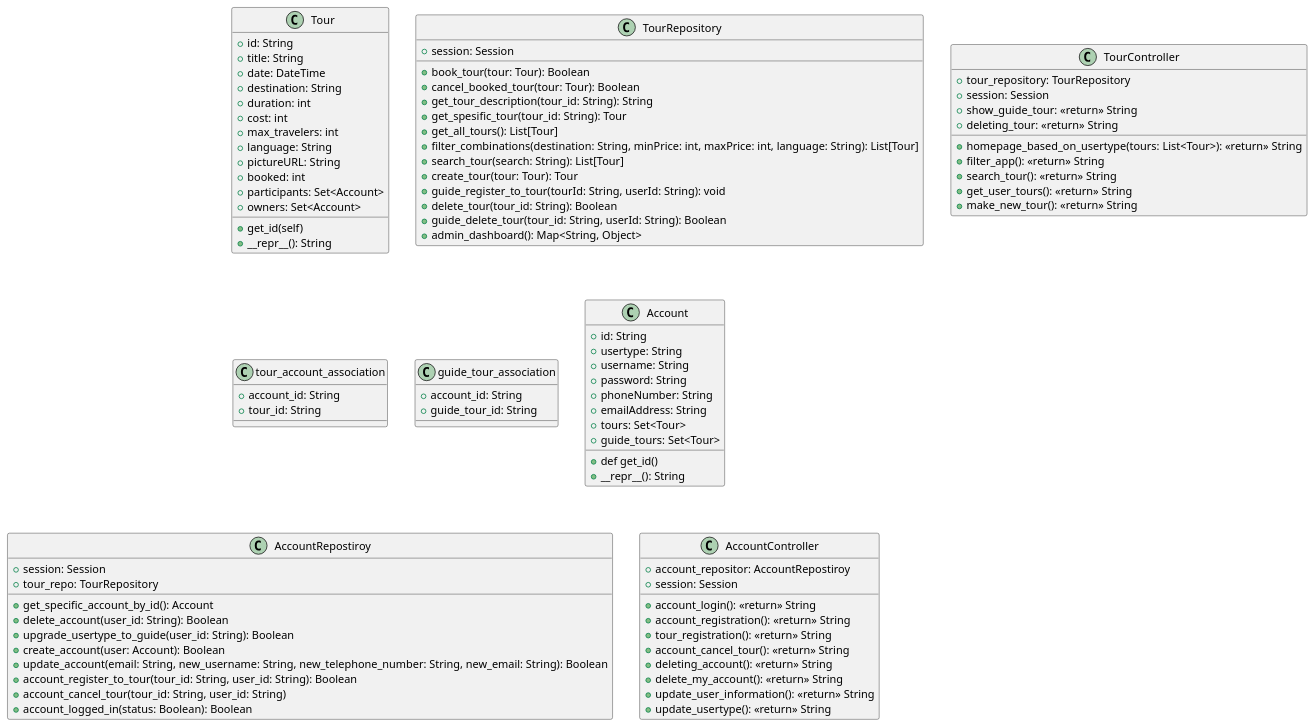
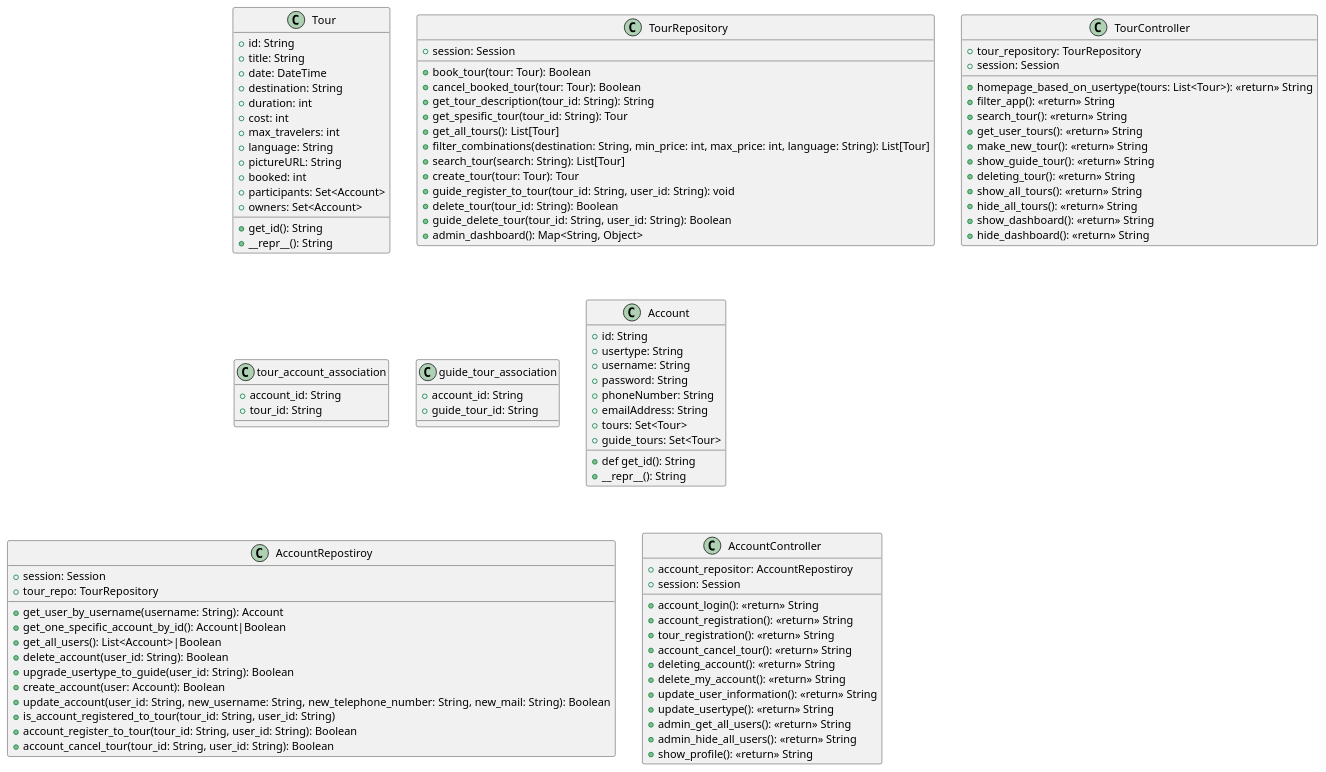
The diagram in class_diagram.puml (khadijo/Group18.YourGuide.Prototype), drawn with PlantUML before and after one commit. The commit also changed 2 other files, not shown here.

Commit message:
pulled from main, and added more methods to the puml diagram

```diff
--- a/class_diagram.puml
+++ b/class_diagram.puml
@@ -1,99 +1,107 @@
 @startuml
 class  Tour{
     + id: String
     + title: String
     + date: DateTime
     + destination: String
     + duration: int
     + cost: int
     + max_travelers: int
     + language: String
     + pictureURL: String
     + booked: int
     + participants: Set<Account>
     + owners: Set<Account>
-    + get_id(self)
+    + get_id(): String
     + __repr__(): String
 }
 
 class TourRepository {
     + session: Session
     + book_tour(tour: Tour): Boolean
     + cancel_booked_tour(tour: Tour): Boolean
     + get_tour_description(tour_id: String): String
     + get_spesific_tour(tour_id: String): Tour
     + get_all_tours(): List[Tour]
-    + filter_combinations(destination: String, minPrice: int, maxPrice: int, language: String): List[Tour]
+    + filter_combinations(destination: String, min_price: int, max_price: int, language: String): List[Tour]
     + search_tour(search: String): List[Tour]
     + create_tour(tour: Tour): Tour
-    + guide_register_to_tour(tourId: String, userId: String): void
+    + guide_register_to_tour(tour_id: String, user_id: String): void
     + delete_tour(tour_id: String): Boolean
-    + guide_delete_tour(tour_id: String, userId: String): Boolean
+    + guide_delete_tour(tour_id: String, user_id: String): Boolean
     + admin_dashboard(): Map<String, Object>
 }
 
 class TourController{
     + tour_repository: TourRepository
     + session: Session
     + homepage_based_on_usertype(tours: List<Tour>): <<return>> String
     + filter_app(): <<return>> String
     + search_tour(): <<return>> String
     + get_user_tours(): <<return>> String
     + make_new_tour(): <<return>> String
-    + show_guide_tour: <<return>> String
-    + deleting_tour: <<return>> String
+    + show_guide_tour(): <<return>> String
+    + deleting_tour(): <<return>> String
+    + show_all_tours(): <<return>> String
+    + hide_all_tours(): <<return>> String
+    + show_dashboard(): <<return>> String
+    + hide_dashboard(): <<return>> String
 
 
 }
 
 class tour_account_association {
     + account_id: String
     + tour_id: String
 }
 
 class guide_tour_association {
     + account_id: String
     + guide_tour_id: String
 }
 
 class Account{
     + id: String
     + usertype: String
     + username: String
     + password: String
     + phoneNumber: String
     + emailAddress: String
     + tours: Set<Tour>
     + guide_tours: Set<Tour>
-    + def get_id()
+    + def get_id(): String
     + __repr__(): String
 }
 
 class AccountRepostiroy{
     + session: Session
     + tour_repo: TourRepository
-    + get_specific_account_by_id(): Account
+    + get_user_by_username(username: String): Account
+    + get_one_specific_account_by_id(): Account|Boolean
+    + get_all_users(): List<Account>|Boolean
     + delete_account(user_id: String): Boolean
     + upgrade_usertype_to_guide(user_id: String): Boolean
     + create_account(user: Account): Boolean
-    + update_account(email: String, new_username: String, new_telephone_number: String, new_email: String): Boolean
+    + update_account(user_id: String, new_username: String, new_telephone_number: String, new_mail: String): Boolean
+    + is_account_registered_to_tour(tour_id: String, user_id: String)
     + account_register_to_tour(tour_id: String, user_id: String): Boolean
-    + account_cancel_tour(tour_id: String, user_id: String)
-    + account_logged_in(status: Boolean): Boolean
+    + account_cancel_tour(tour_id: String, user_id: String): Boolean
 }
 
 class AccountController{
     + account_repositor: AccountRepostiroy
     + session: Session
     + account_login(): <<return>> String
     + account_registration(): <<return>> String
     + tour_registration(): <<return>> String
     + account_cancel_tour(): <<return>> String
     + deleting_account(): <<return>> String
     + delete_my_account(): <<return>> String
     + update_user_information(): <<return>> String
     + update_usertype(): <<return>> String
-
+    + admin_get_all_users(): <<return>> String
+    + admin_hide_all_users(): <<return>> String
+    + show_profile(): <<return>> String
 }
 
 @enduml
```
